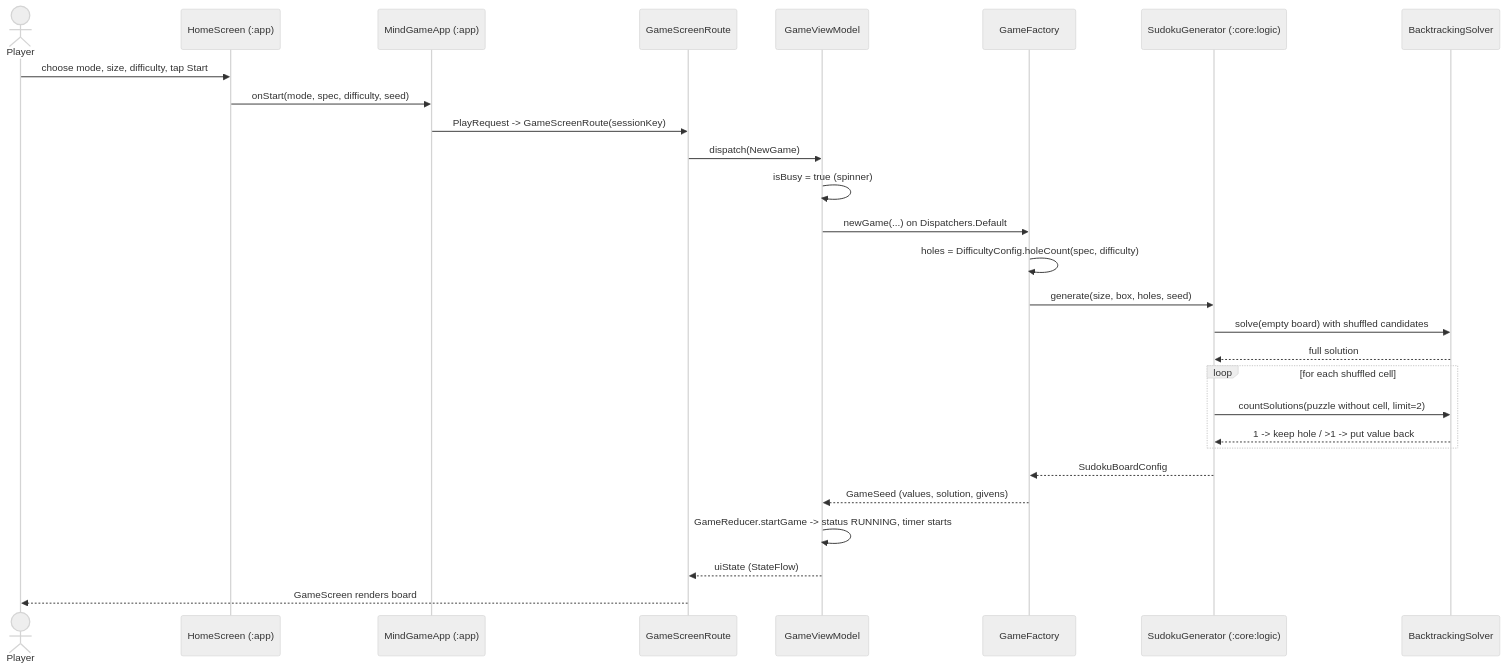
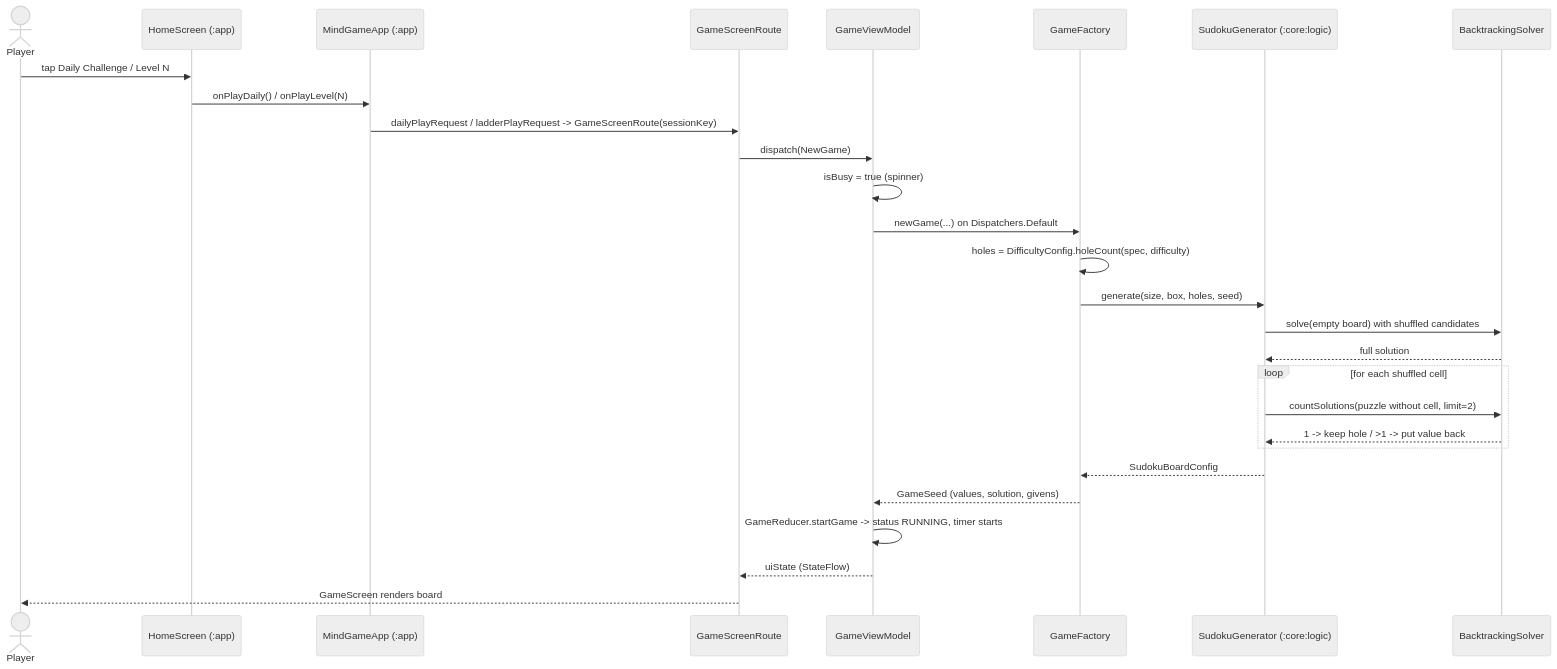
Before and after one commit to Lewis-Luo-Li/mind-game: the second of 5 diagrams in README.md, drawn with Mermaid (neutral theme). The commit also changed other lines of this file and 16 other files, not shown here.

First line of the commit message:
feat(home): ModeCard + CycleProgressDots, Daily Challenge / Level N home (phase 3) (#24)

````diff
--- a/README.md
+++ b/README.md
@@ -139,31 +142,31 @@
 ```mermaid
 sequenceDiagram
     actor Player
     participant Home as HomeScreen (:app)
     participant App as MindGameApp (:app)
     participant Route as GameScreenRoute
     participant VM as GameViewModel
     participant Factory as GameFactory
     participant Gen as SudokuGenerator (:core:logic)
     participant Solver as BacktrackingSolver
 
-    Player->>Home: choose mode, size, difficulty, tap Start
-    Home->>App: onStart(mode, spec, difficulty, seed)
-    App->>Route: PlayRequest -> GameScreenRoute(sessionKey)
+    Player->>Home: tap Daily Challenge / Level N
+    Home->>App: onPlayDaily() / onPlayLevel(N)
+    App->>Route: dailyPlayRequest / ladderPlayRequest -> GameScreenRoute(sessionKey)
     Route->>VM: dispatch(NewGame)
     VM->>VM: isBusy = true (spinner)
     VM->>Factory: newGame(...) on Dispatchers.Default
     Factory->>Factory: holes = DifficultyConfig.holeCount(spec, difficulty)
     Factory->>Gen: generate(size, box, holes, seed)
     Gen->>Solver: solve(empty board) with shuffled candidates
     Solver-->>Gen: full solution
     loop for each shuffled cell
         Gen->>Solver: countSolutions(puzzle without cell, limit=2)
         Solver-->>Gen: 1 -> keep hole / >1 -> put value back
     end
     Gen-->>Factory: SudokuBoardConfig
     Factory-->>VM: GameSeed (values, solution, givens)
     VM->>VM: GameReducer.startGame -> status RUNNING, timer starts
     VM-->>Route: uiState (StateFlow)
     Route-->>Player: GameScreen renders board
 ```
````
